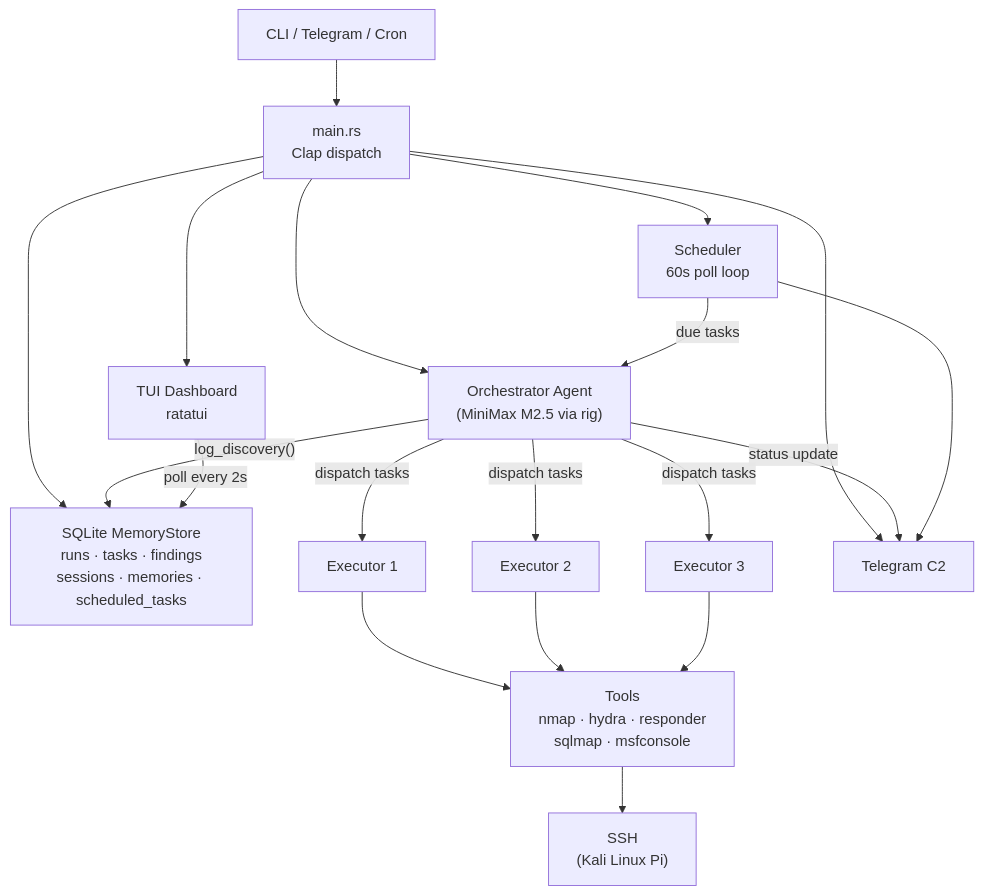
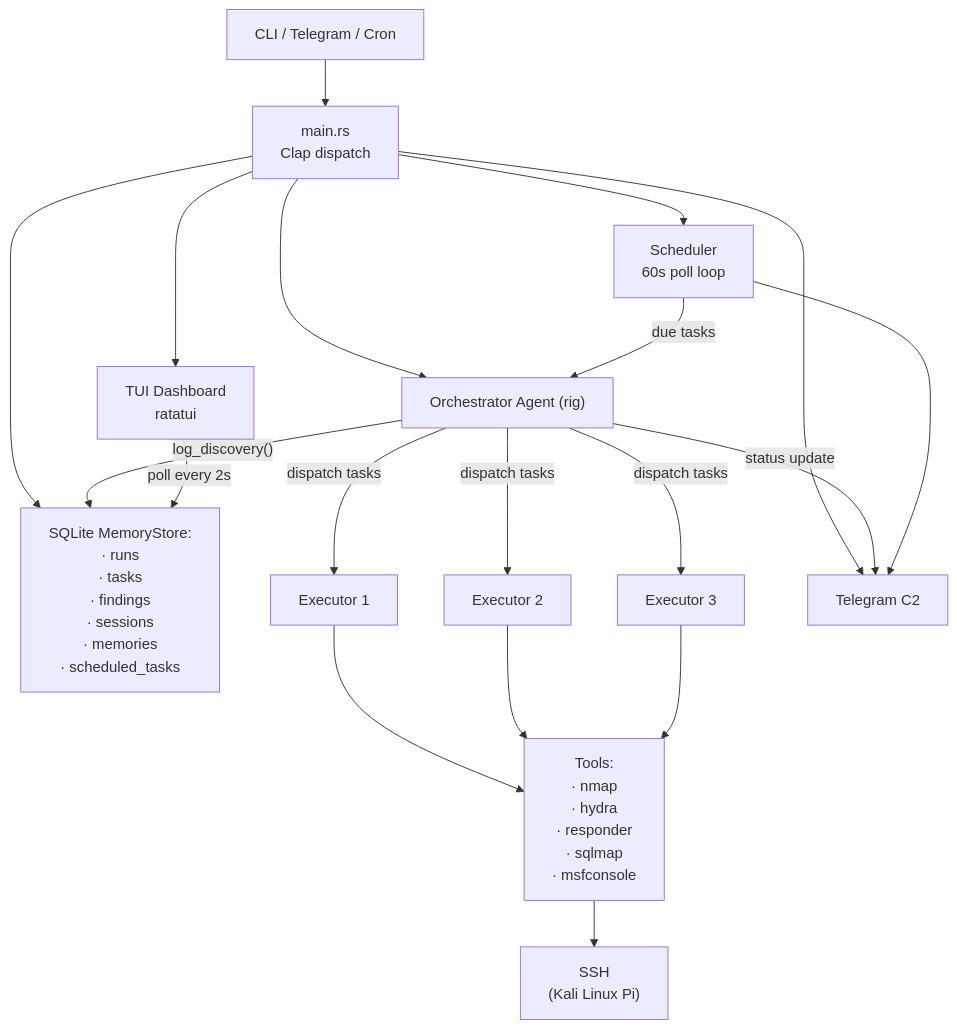
Before and after one commit to Hari-Nagarajan/eugene: the diagram in README.md, drawn with Mermaid. The commit also changed other lines of this file and 13 other files, not shown here.

````diff
--- a/README.md
+++ b/README.md
@@ -30,26 +30,40 @@
 ```mermaid
 graph TD
     CLI["CLI / Telegram / Cron"]
-    MAIN["main.rs\nClap dispatch"]
-    STORE["SQLite MemoryStore\nruns · tasks · findings\nsessions · memories · scheduled_tasks"]
-    ORCH["Orchestrator Agent\n(MiniMax M2.5 via rig)"]
+    MAIN["main.rs
+    Clap dispatch"]
+    STORE["SQLite MemoryStore:
+    · runs
+    · tasks
+    · findings
+    · sessions
+    · memories
+    · scheduled_tasks"]
+    ORCH["Orchestrator Agent (rig)"]
     EXEC1["Executor 1"]
     EXEC2["Executor 2"]
     EXEC3["Executor 3"]
-    TOOLS["Tools\nnmap · hydra · responder\nsqlmap · msfconsole"]
+    TOOLS["Tools:
+    · nmap
+    · hydra
+    · responder
+    · sqlmap 
+    · msfconsole"]
     SSH["SSH\n(Kali Linux Pi)"]
     TG["Telegram C2"]
-    SCHED["Scheduler\n60s poll loop"]
-    TUI["TUI Dashboard\nratatui"]
+    SCHED["Scheduler
+    60s poll loop"]
+    TUI["TUI Dashboard
+    ratatui"]
 
     CLI --> MAIN
     MAIN --> STORE & ORCH & TG & SCHED & TUI
     ORCH -->|"dispatch tasks"| EXEC1 & EXEC2 & EXEC3
     EXEC1 & EXEC2 & EXEC3 --> TOOLS
     TOOLS --> SSH
     ORCH -->|"log_discovery()"| STORE
     ORCH -->|"status update"| TG
     SCHED -->|"due tasks"| ORCH
     SCHED --> TG
     TUI -->|"poll every 2s"| STORE
 ```
````
